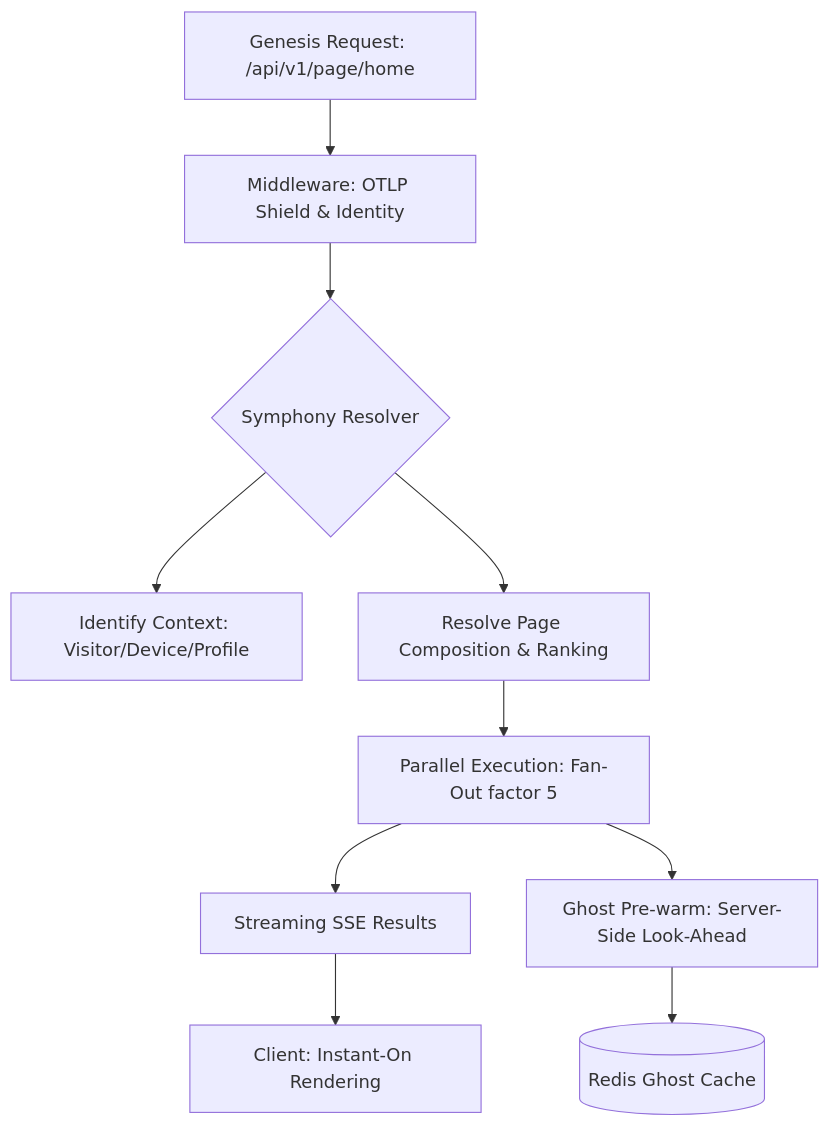
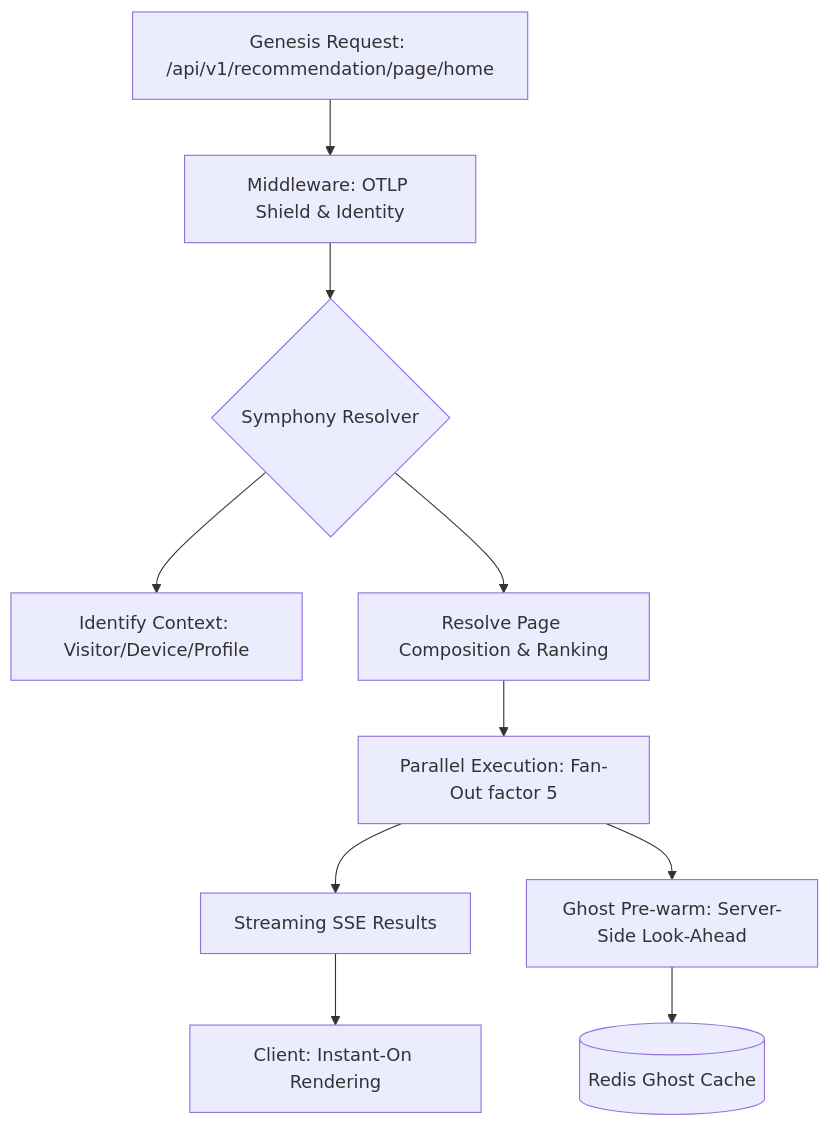
One commit to adiozdaniel/bongas-ai changed the diagram in docs/architecture/SYMPHONY.md. Above: the diagram before and after it, drawn with Mermaid. The commit also changed 4 other files, not shown here.

````diff
--- a/docs/architecture/SYMPHONY.md
+++ b/docs/architecture/SYMPHONY.md
@@ -13,12 +13,12 @@
 ```mermaid
 graph TD
-    A[Genesis Request: /api/v1/page/home] --> B[Middleware: OTLP Shield & Identity]
+    A[Genesis Request: /api/v1/recommendation/page/home] --> B[Middleware: OTLP Shield & Identity]
     B --> C{Symphony Resolver}
     C --> D[Identify Context: Visitor/Device/Profile]
     C --> E[Resolve Page Composition & Ranking]
     E --> F[Parallel Execution: Fan-Out factor 5]
     F --> G[Streaming SSE Results]
     F --> H[Ghost Pre-warm: Server-Side Look-Ahead]
     G --> I[Client: Instant-On Rendering]
     H --> J[(Redis Ghost Cache)]
 ```
````
